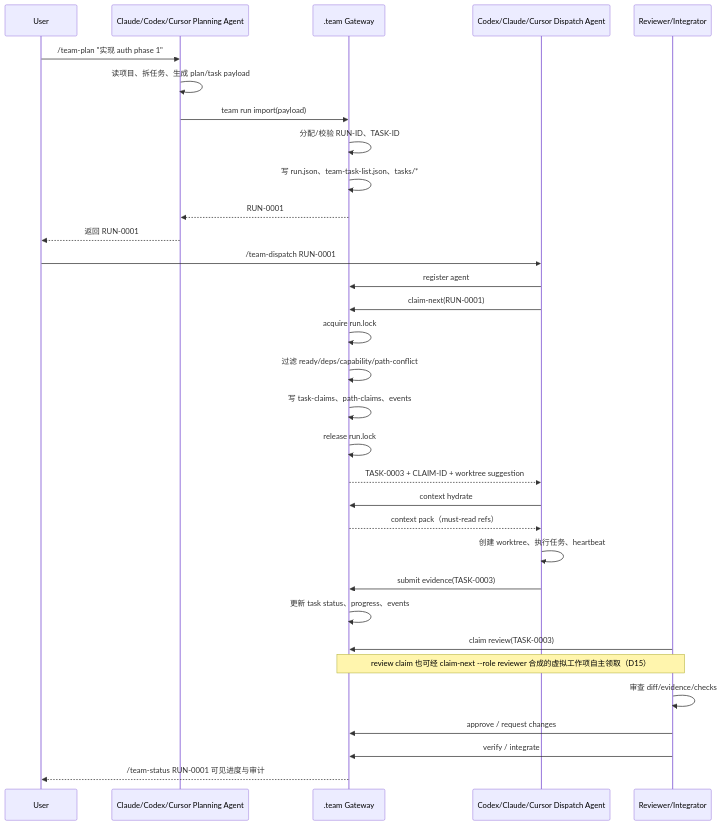
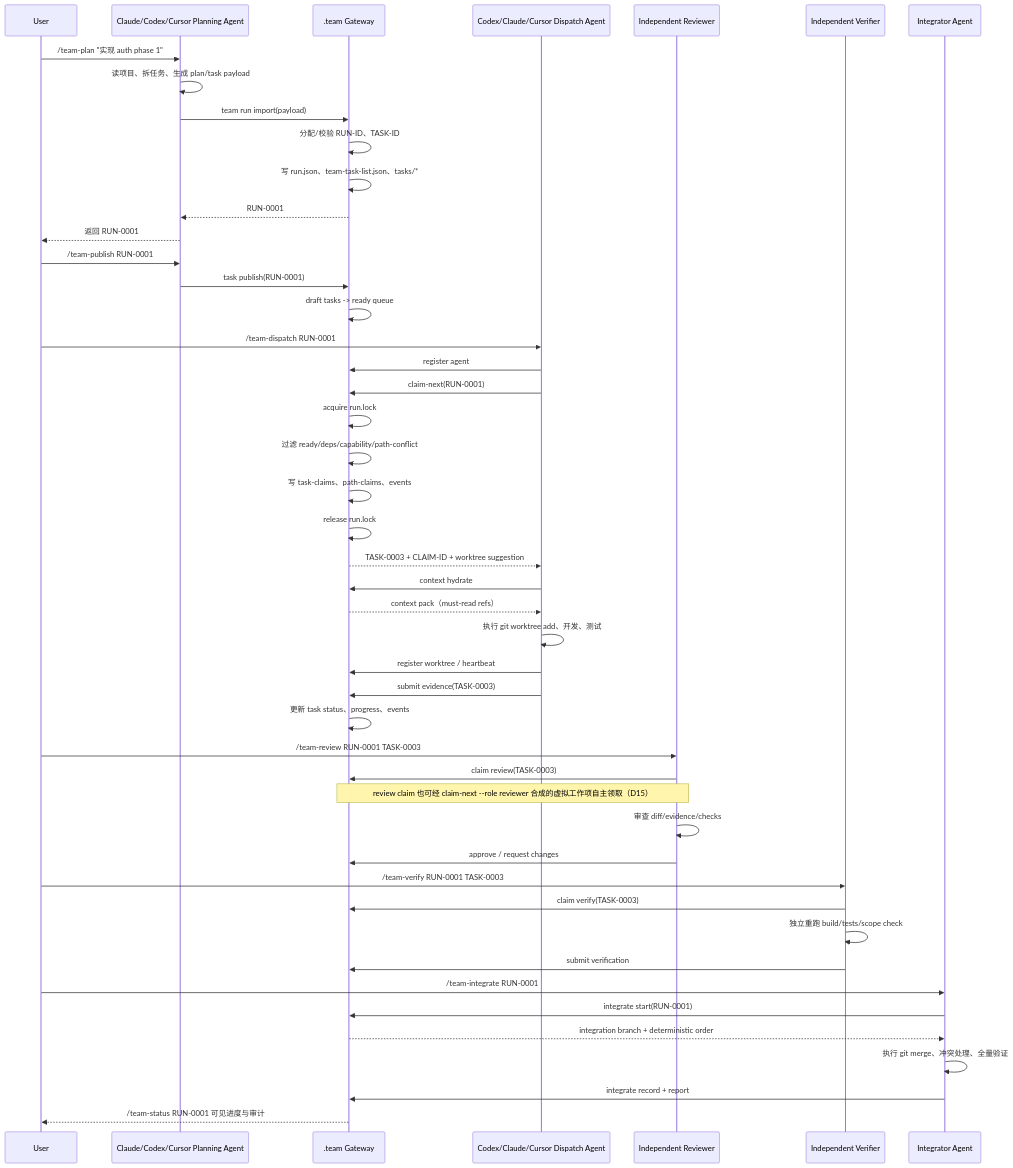
Before and after one commit to linshaoxin-maker/sigmarun: the second of 5 diagrams in docs/06-user-journey-visual-breakdown.md, drawn with Mermaid. The commit also changed other lines of this file and 15 other files, not shown here.

````diff
--- a/docs/06-user-journey-visual-breakdown.md
+++ b/docs/06-user-journey-visual-breakdown.md
@@ -34,37 +39,55 @@
 ```mermaid
 sequenceDiagram
   participant User
   participant PlanningAgent as Claude/Codex/Cursor Planning Agent
   participant Gateway as .team Gateway
   participant DispatchAgent as Codex/Claude/Cursor Dispatch Agent
-  participant Reviewer as Reviewer/Integrator
+  participant Reviewer as Independent Reviewer
+  participant Verifier as Independent Verifier
+  participant Integrator as Integrator Agent
 
   User->>PlanningAgent: /team-plan "实现 auth phase 1"
   PlanningAgent->>PlanningAgent: 读项目、拆任务、生成 plan/task payload
   PlanningAgent->>Gateway: team run import(payload)
   Gateway->>Gateway: 分配/校验 RUN-ID、TASK-ID
   Gateway->>Gateway: 写 run.json、team-task-list.json、tasks/*
   Gateway-->>PlanningAgent: RUN-0001
   PlanningAgent-->>User: 返回 RUN-0001
+
+  User->>PlanningAgent: /team-publish RUN-0001
+  PlanningAgent->>Gateway: task publish(RUN-0001)
+  Gateway->>Gateway: draft tasks -> ready queue
 
   User->>DispatchAgent: /team-dispatch RUN-0001
   DispatchAgent->>Gateway: register agent
   DispatchAgent->>Gateway: claim-next(RUN-0001)
   Gateway->>Gateway: acquire run.lock
   Gateway->>Gateway: 过滤 ready/deps/capability/path-conflict
   Gateway->>Gateway: 写 task-claims、path-claims、events
   Gateway->>Gateway: release run.lock
   Gateway-->>DispatchAgent: TASK-0003 + CLAIM-ID + worktree suggestion
   DispatchAgent->>Gateway: context hydrate
   Gateway-->>DispatchAgent: context pack（must-read refs）
-  DispatchAgent->>DispatchAgent: 创建 worktree、执行任务、heartbeat
+  DispatchAgent->>DispatchAgent: 执行 git worktree add、开发、测试
+  DispatchAgent->>Gateway: register worktree / heartbeat
   DispatchAgent->>Gateway: submit evidence(TASK-0003)
   Gateway->>Gateway: 更新 task status、progress、events
 
+  User->>Reviewer: /team-review RUN-0001 TASK-0003
   Reviewer->>Gateway: claim review(TASK-0003)
   Note over Reviewer,Gateway: review claim 也可经 claim-next --role reviewer 合成的虚拟工作项自主领取（D15）
   Reviewer->>Reviewer: 审查 diff/evidence/checks
   Reviewer->>Gateway: approve / request changes
-  Reviewer->>Gateway: verify / integrate
+
+  User->>Verifier: /team-verify RUN-0001 TASK-0003
+  Verifier->>Gateway: claim verify(TASK-0003)
+  Verifier->>Verifier: 独立重跑 build/tests/scope check
+  Verifier->>Gateway: submit verification
+
+  User->>Integrator: /team-integrate RUN-0001
+  Integrator->>Gateway: integrate start(RUN-0001)
+  Gateway-->>Integrator: integration branch + deterministic order
+  Integrator->>Integrator: 执行 git merge、冲突处理、全量验证
+  Integrator->>Gateway: integrate record + report
   Gateway-->>User: /team-status RUN-0001 可见进度与审计
 ```
````
